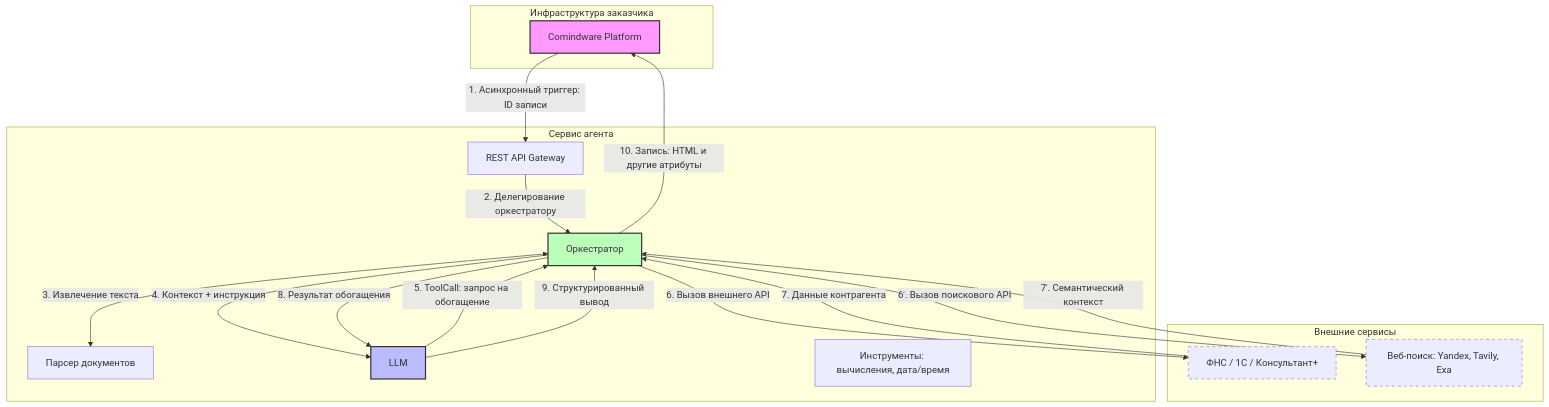
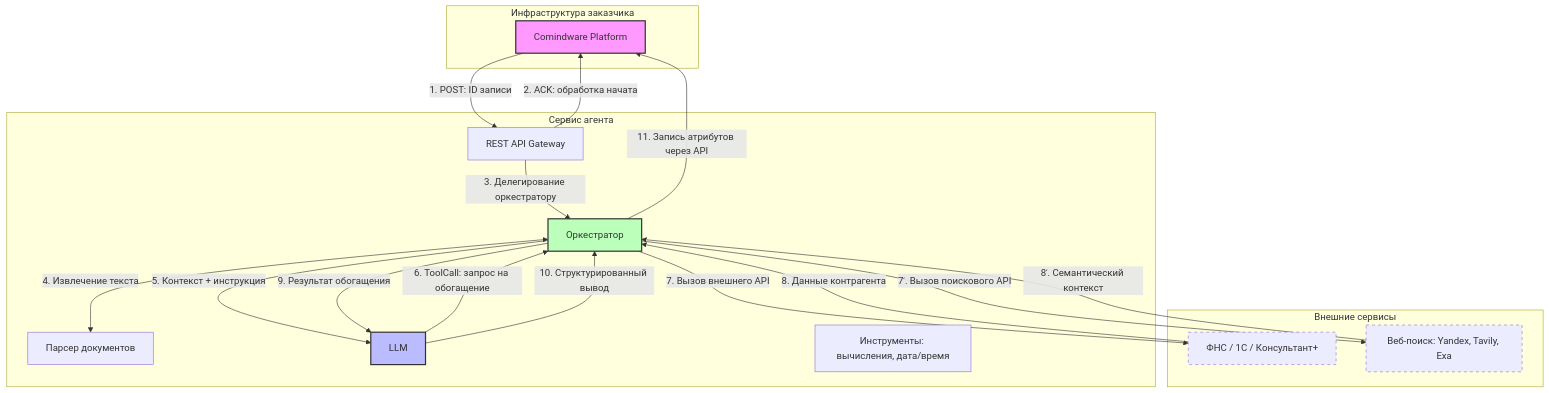
Before and after one commit to arterm-sedov/cmw-rag: the diagram in docs/research/executive-research-technology-transfer/report-pack/20260420-document-agent-architecture-ru.md, drawn with Mermaid. The commit also changed other lines of this file, not shown here.

Commit message:
docs: document desired async fire-and-forget architecture per Lukoil agent pattern

````diff
--- a/docs/research/executive-research-technology-transfer/report-pack/20260420-document-agent-architecture-ru.md
+++ b/docs/research/executive-research-technology-transfer/report-pack/20260420-document-agent-architecture-ru.md
@@ -55,38 +55,39 @@
 ```mermaid
 graph TD
     subgraph Client_Infrastructure [Инфраструктура заказчика]
         A[Comindware Platform]
     end
 
     subgraph Agent_Service [Сервис агента]
         B[REST API Gateway]
         C[Оркестратор]
         D[Парсер документов]
         E[LLM]
         F[Инструменты: вычисления, дата/время]
     end
 
     subgraph External_Services [Внешние сервисы]
         G[ФНС / 1С / Консультант+]
         H[Веб-поиск: Yandex, Tavily, Exa]
     end
 
-    A -->|1. Асинхронный триггер: ID записи| B
-    B -->|2. Делегирование оркестратору| C
-    C <-->|3. Извлечение текста| D
-    C -->|4. Контекст + инструкция| E
-    E -->|5. ToolCall: запрос на обогащение| C
-    C -->|6. Вызов внешнего API| G
-    C -->|6ʹ. Вызов поискового API| H
-    G -->|7. Данные контрагента| C
-    H -->|7ʹ. Семантический контекст| C
-    C -->|8. Результат обогащения| E
-    E -->|9. Структурированный вывод| C
-    C -->|10. Запись: HTML и другие атрибуты| A
+    A -->|1. POST: ID записи| B
+    B -->|2. ACK: обработка начата| A
+    B -->|3. Делегирование оркестратору| C
+    C <-->|4. Извлечение текста| D
+    C -->|5. Контекст + инструкция| E
+    E -->|6. ToolCall: запрос на обогащение| C
+    C -->|7. Вызов внешнего API| G
+    C -->|7ʹ. Вызов поискового API| H
+    G -->|8. Данные контрагента| C
+    H -->|8ʹ. Семантический контекст| C
+    C -->|9. Результат обогащения| E
+    E -->|10. Структурированный вывод| C
+    C -->|11. Запись атрибутов через API| A
 
     style A fill:#f9f,stroke:#333,stroke-width:2px
     style E fill:#bbf,stroke:#333,stroke-width:2px
     style C fill:#bfb,stroke:#333,stroke-width:2px
     style G stroke-dasharray: 5 5
     style H stroke-dasharray: 5 5
 ```
````
